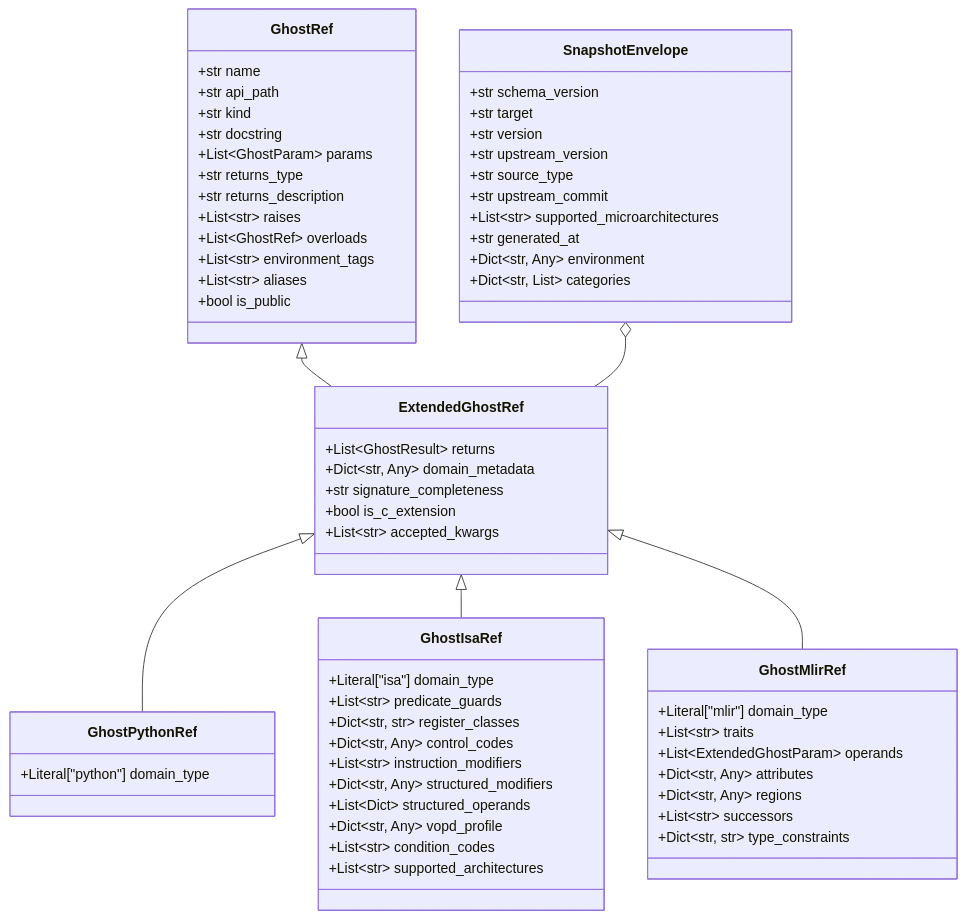
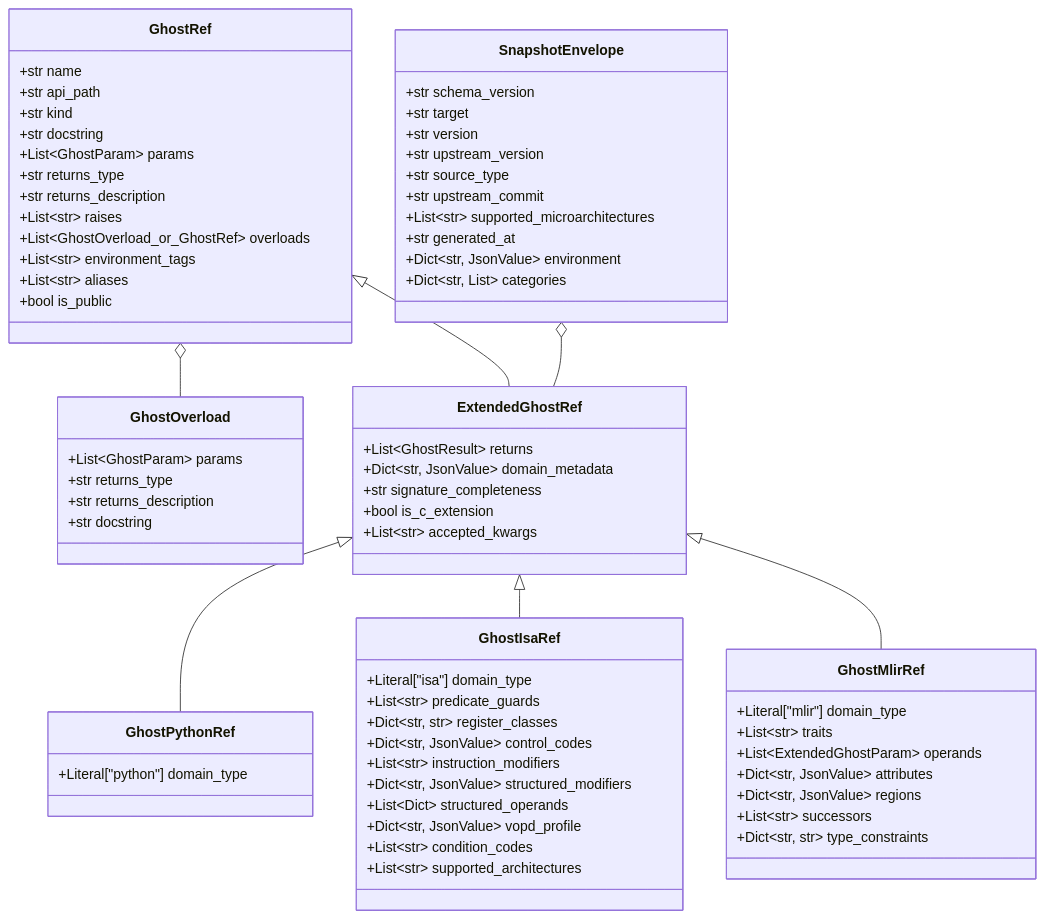
Before and after one commit to SamuelMarks/ml-ecosystem-snapshots: the first of 2 diagrams in ARCHITECTURE.md, drawn with Mermaid. The commit also changed other lines of this file and 14 other files, not shown here.

````diff
--- a/ARCHITECTURE.md
+++ b/ARCHITECTURE.md
@@ -13,71 +13,79 @@
 ```mermaid
 classDiagram
+    class GhostOverload {
+        +List~GhostParam~ params
+        +str returns_type
+        +str returns_description
+        +str docstring
+    }
+
     class GhostRef {
         +str name
         +str api_path
         +str kind
         +str docstring
         +List~GhostParam~ params
         +str returns_type
         +str returns_description
         +List~str~ raises
-        +List~GhostRef~ overloads
+        +List~GhostOverload_or_GhostRef~ overloads
         +List~str~ environment_tags
         +List~str~ aliases
         +bool is_public
     }
 
     class ExtendedGhostRef {
         +List~GhostResult~ returns
-        +Dict~str, Any~ domain_metadata
+        +Dict~str, JsonValue~ domain_metadata
         +str signature_completeness
         +bool is_c_extension
         +List~str~ accepted_kwargs
     }
 
     class GhostPythonRef {
         +Literal["python"] domain_type
     }
 
     class GhostIsaRef {
         +Literal["isa"] domain_type
         +List~str~ predicate_guards
         +Dict~str, str~ register_classes
-        +Dict~str, Any~ control_codes
+        +Dict~str, JsonValue~ control_codes
         +List~str~ instruction_modifiers
-        +Dict~str, Any~ structured_modifiers
+        +Dict~str, JsonValue~ structured_modifiers
         +List~Dict~ structured_operands
-        +Dict~str, Any~ vopd_profile
+        +Dict~str, JsonValue~ vopd_profile
         +List~str~ condition_codes
         +List~str~ supported_architectures
     }
 
     class GhostMlirRef {
         +Literal["mlir"] domain_type
         +List~str~ traits
         +List~ExtendedGhostParam~ operands
-        +Dict~str, Any~ attributes
-        +Dict~str, Any~ regions
+        +Dict~str, JsonValue~ attributes
+        +Dict~str, JsonValue~ regions
         +List~str~ successors
         +Dict~str, str~ type_constraints
     }
 
     class SnapshotEnvelope {
         +str schema_version
         +str target
         +str version
         +str upstream_version
         +str source_type
         +str upstream_commit
         +List~str~ supported_microarchitectures
         +str generated_at
-        +Dict~str, Any~ environment
+        +Dict~str, JsonValue~ environment
         +Dict~str, List~ categories
     }
 
+    GhostRef o-- GhostOverload
     GhostRef <|-- ExtendedGhostRef
     ExtendedGhostRef <|-- GhostPythonRef
     ExtendedGhostRef <|-- GhostIsaRef
     ExtendedGhostRef <|-- GhostMlirRef
     SnapshotEnvelope o-- ExtendedGhostRef
 ```
````
